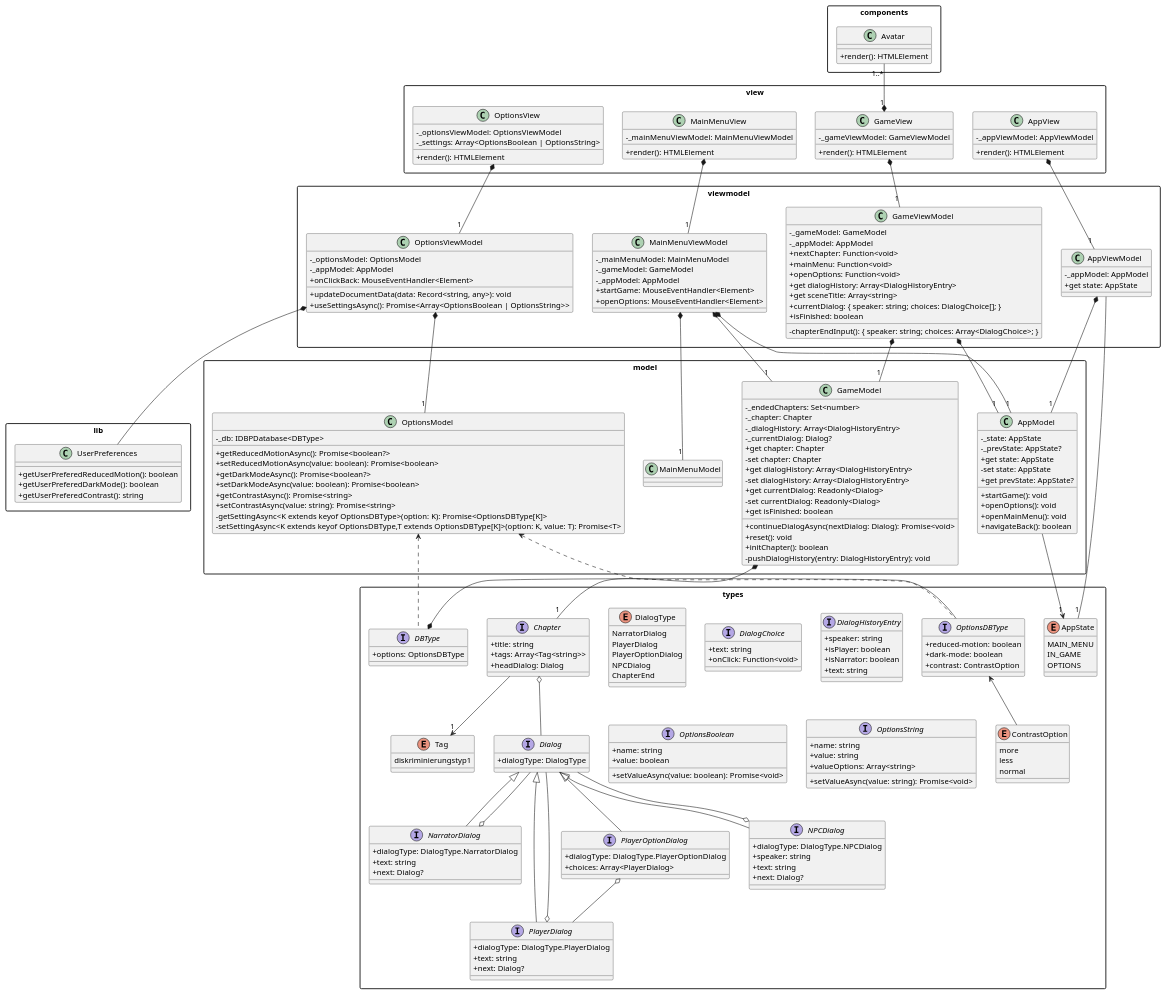
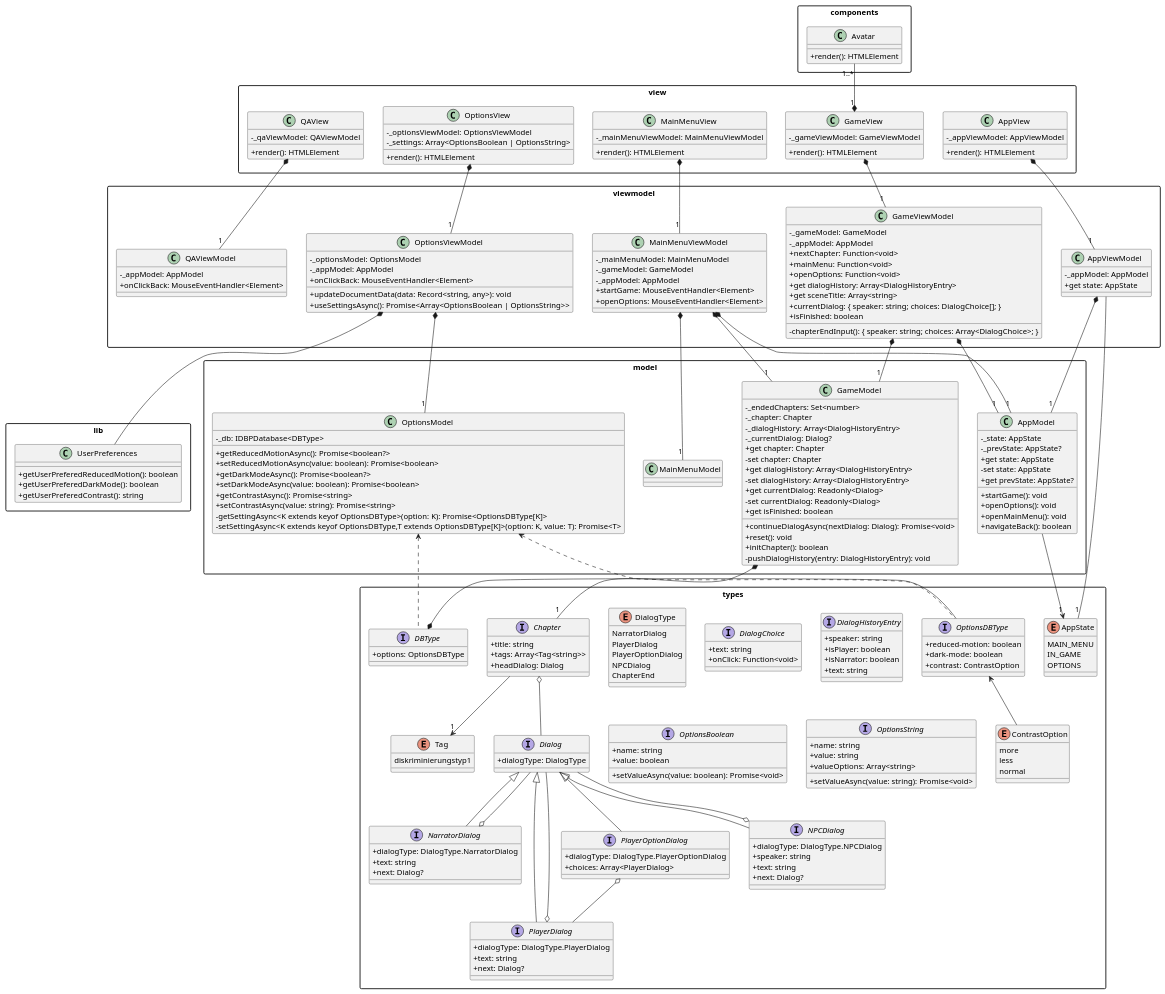
One commit to HHN-SEB-2022-23/allybi changed the diagram in uml/ClassDiagram.puml. Above: the diagram before and after it, drawn with PlantUML. The commit also changed 10 other files, not shown here.

```diff
--- a/uml/ClassDiagram.puml
+++ b/uml/ClassDiagram.puml
@@ -211,6 +211,11 @@
     }
     OptionsViewModel *-- "1" OptionsModel
     UserPreferences -up-* OptionsViewModel
+
+    class QAViewModel {
+        -_appModel: AppModel
+        +onClickBack: MouseEventHandler<Element>
+    }
 }
 
 package view {
@@ -239,6 +244,12 @@
         +render(): HTMLElement
     }
     OptionsView *-- "1" OptionsViewModel
+
+    class QAView {
+        -_qaViewModel: QAViewModel
+        +render(): HTMLElement
+    }
+    QAView *-- "1" QAViewModel
 }
 
 @enduml
```
